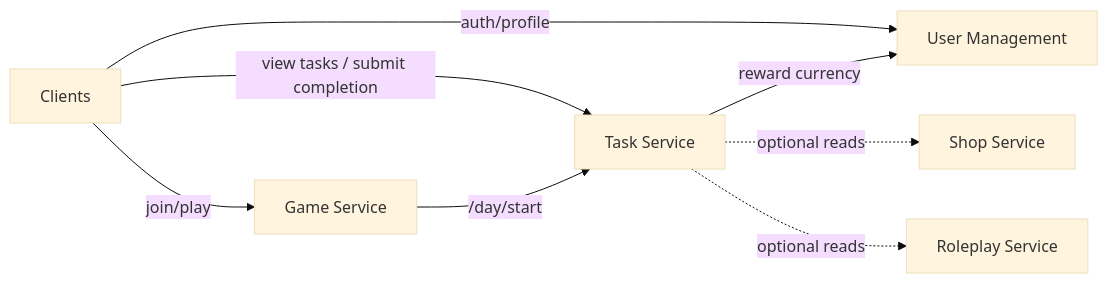
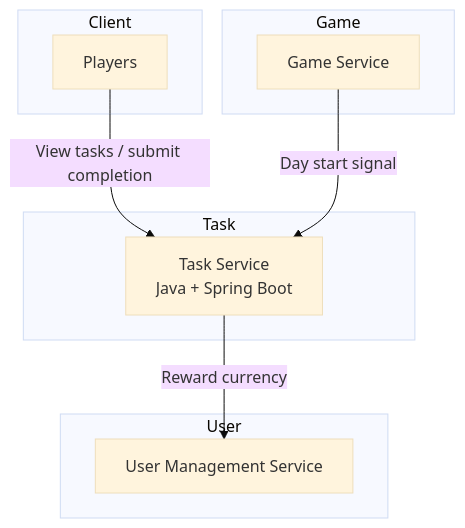
The diagram in README.md (Flexksx/distributed_mafia_platform), drawn with Mermaid (base theme) before and after one commit. The commit also changed other lines of this file, not shown here.

````diff
--- a/README.md
+++ b/README.md
@@ -31,19 +16,22 @@
 ```mermaid
-flowchart LR
-  C[Clients]
-  G[Game Service]
-  T[Task Service]
-  U[User Management]
-  S[Shop Service]
-  R[Roleplay Service]
+flowchart TD
+  subgraph Client
+    P[Players]
+  end
 
-  C -->|view tasks / submit completion| T
-  C -->|auth/profile| U
-  C -->|join/play| G
+  subgraph Game
+    G[Game Service]
+  end
 
-  G -->|/day/start| T
+  subgraph Task
+    T[Task Service <br/> Java + Spring Boot]
+  end
 
-  T -->|reward currency| U
-  T -. optional reads .-> S
-  T -. optional reads .-> R
+  subgraph User
+    U[User Management Service]
+  end
+
+  P -->|View tasks / submit completion| T
+  G -->|Day start signal| T
+  T -->|Reward currency| U
 ```
````
